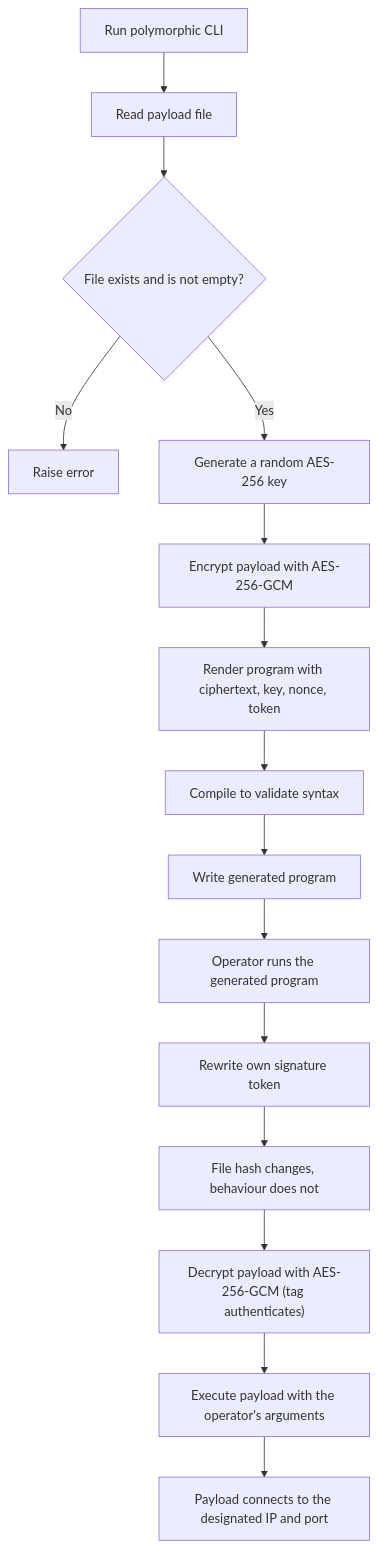
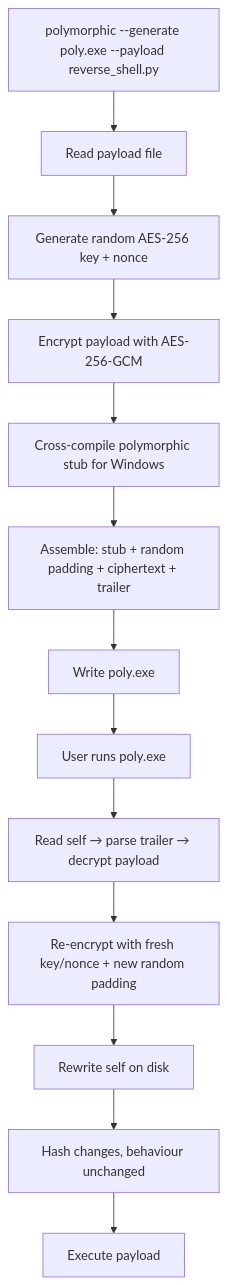
Before and after one commit to fahdaguenouz/hidden-bytes: the second of 2 diagrams in README.md, drawn with Mermaid. The commit also changed other lines of this file and 2 other files, not shown here.

First line of the commit message:
Rewrite README and HTML walkthroughs for the Go approach

````diff
--- a/README.md
+++ b/README.md
@@ -1120,18 +440,16 @@
 ```mermaid
 flowchart TD
-    A["Run polymorphic CLI"] --> B["Read payload file"]
-    B --> C{"File exists and is not empty?"}
-    C -- "No" --> D["Raise error"]
-    C -- "Yes" --> E["Generate a random AES-256 key"]
-    E --> F["Encrypt payload with AES-256-GCM"]
-    F --> H["Render program with ciphertext, key, nonce, token"]
-    H --> I["Compile to validate syntax"]
-    I --> J["Write generated program"]
+    A["polymorphic --generate poly.exe --payload reverse_shell.py"] --> B[Read payload file]
+    B --> C[Generate random AES-256 key + nonce]
+    C --> D[Encrypt payload with AES-256-GCM]
+    D --> E[Cross-compile polymorphic stub for Windows]
+    E --> F["Assemble: stub + random padding + ciphertext + trailer"]
+    F --> G["Write poly.exe"]
 
-    J --> K["Operator runs the generated program"]
-    K --> L["Rewrite own signature token"]
-    L --> M["File hash changes, behaviour does not"]
-    M --> N["Decrypt payload with AES-256-GCM (tag authenticates)"]
-    N --> Q["Execute payload with the operator's arguments"]
-    Q --> R["Payload connects to the designated IP and port"]
+    G --> H["User runs poly.exe"]
+    H --> I[Read self → parse trailer → decrypt payload]
+    I --> J[Re-encrypt with fresh key/nonce + new random padding]
+    J --> K[Rewrite self on disk]
+    K --> L["Hash changes, behaviour unchanged"]
+    L --> M[Execute payload]
 ```
````
